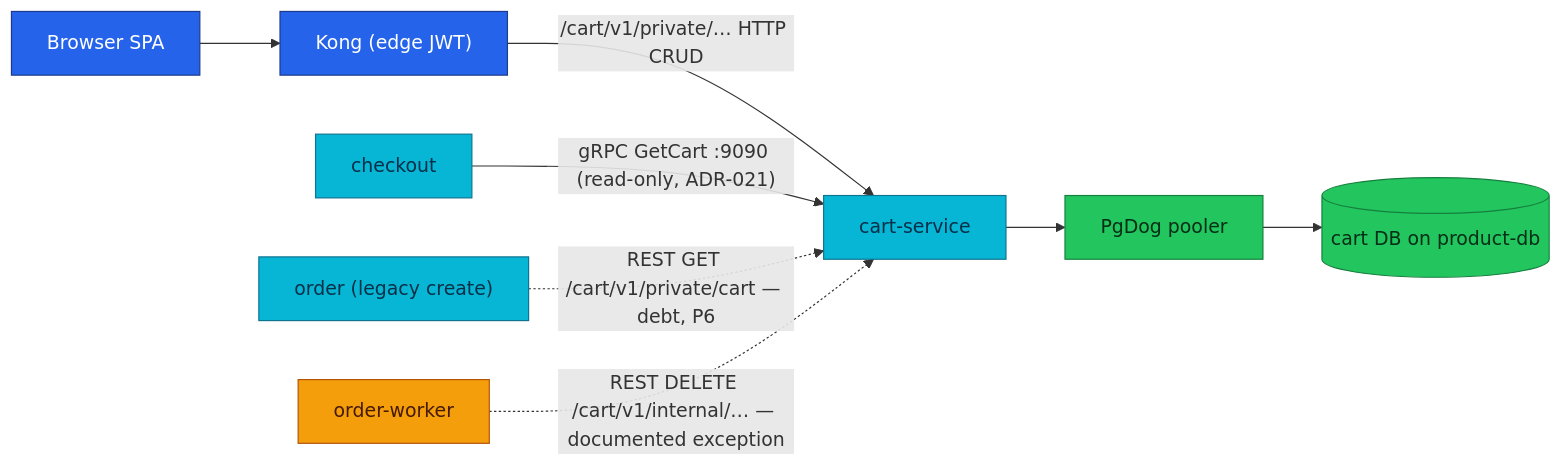
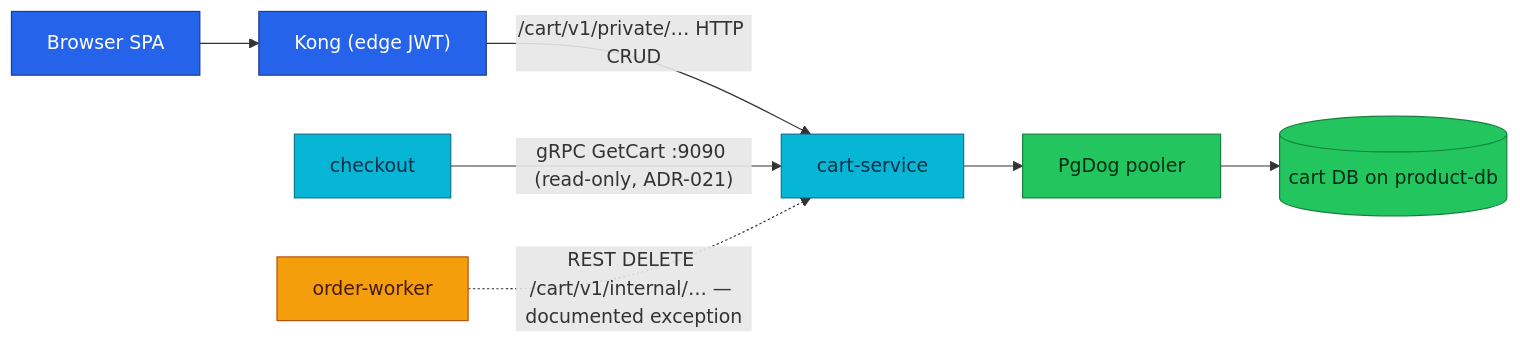
The diagram in docs/api/cart.md (duynhlab/homelab), drawn with Mermaid before and after one commit. The commit also changed other lines of this file and 15 other files, not shown here.

````diff
--- a/docs/api/cart.md
+++ b/docs/api/cart.md
@@ -58,18 +58,17 @@
 ```mermaid
 flowchart LR
     SPA["Browser SPA"] --> Kong["Kong (edge JWT)"]
     Kong -->|"/cart/v1/private/… HTTP CRUD"| Cart["cart-service"]
     CK["checkout"] -->|"gRPC GetCart :9090 (read-only, ADR-021)"| Cart
-    ORD["order (legacy create)"] -.->|"REST GET /cart/v1/private/cart — debt, P6"| Cart
     W["order-worker"] -.->|"REST DELETE /cart/v1/internal/… — documented exception"| Cart
     Cart --> PGD["PgDog pooler"] --> DB[("cart DB on product-db")]
 
     classDef edge fill:#2563eb,color:#fff,stroke:#1e3a8a;
     classDef service fill:#06b6d4,color:#082f49,stroke:#0e7490;
     classDef worker fill:#f59e0b,color:#451a03,stroke:#b45309;
     classDef data fill:#22c55e,color:#052e16,stroke:#15803d;
     class SPA,Kong edge;
-    class Cart,CK,ORD service;
+    class Cart,CK service;
     class W worker;
     class PGD,DB data;
 ```
````
